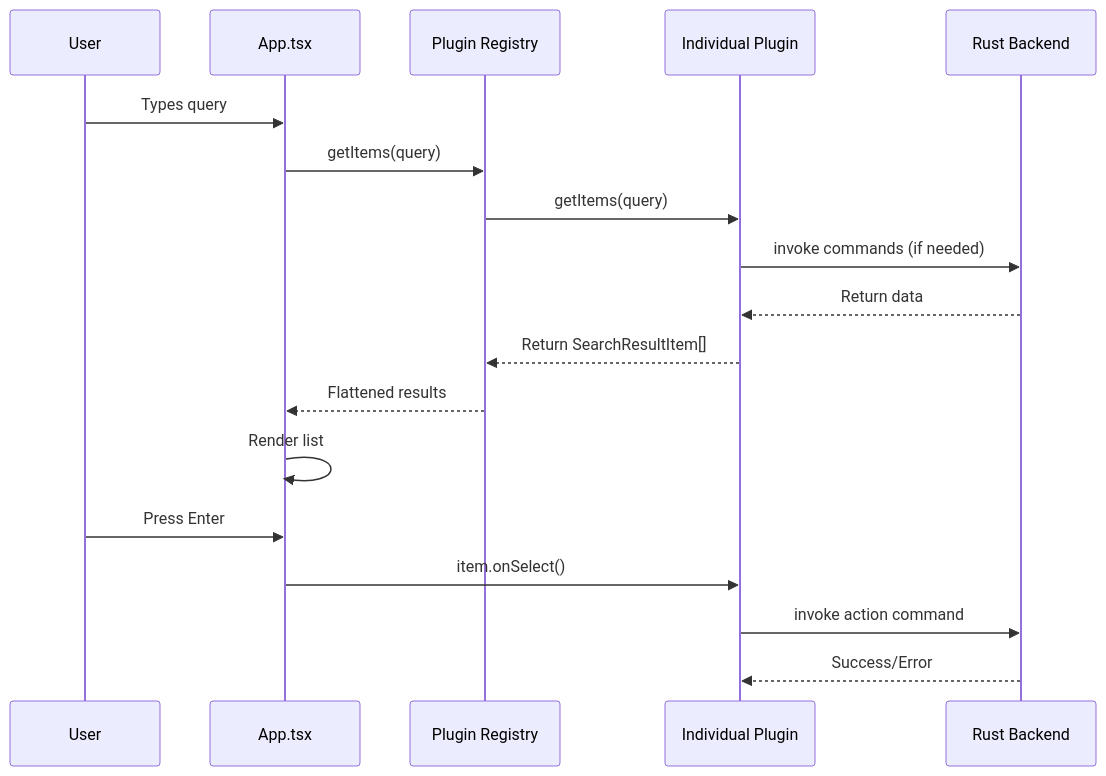
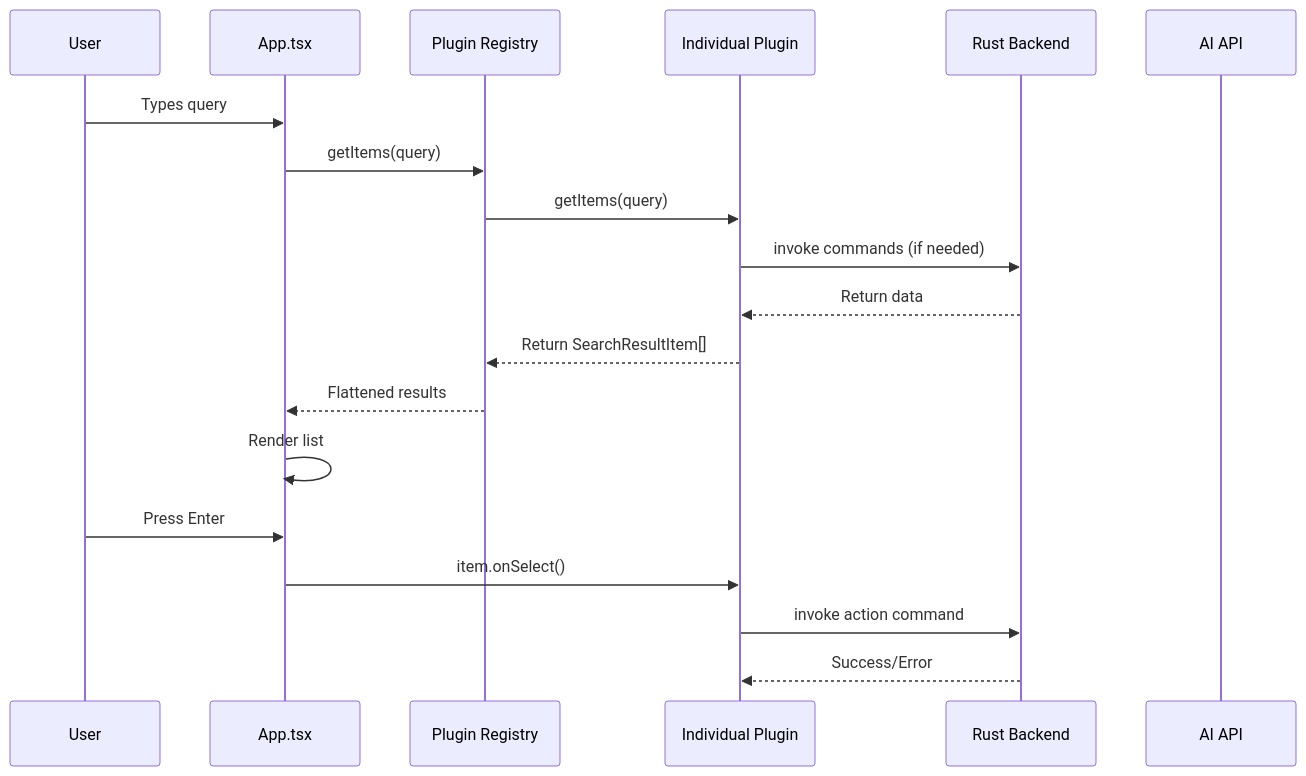
The first of 7 diagrams in arch/components/relationships.md (RickyDane/gquick), drawn with Mermaid before and after one commit. The commit also changed other lines of this file and 39 other files, not shown here.

````diff
--- a/arch/components/relationships.md
+++ b/arch/components/relationships.md
@@ -55,21 +83,22 @@
 ```mermaid
 sequenceDiagram
     participant User
     participant App as App.tsx
     participant Registry as Plugin Registry
     participant Plugin as Individual Plugin
     participant Rust as Rust Backend
+    participant AI as AI API
 
     User->>App: Types query
     App->>Registry: getItems(query)
     Registry->>Plugin: getItems(query)
     Plugin->>Rust: invoke commands (if needed)
     Rust-->>Plugin: Return data
     Plugin-->>Registry: Return SearchResultItem[]
     Registry-->>App: Flattened results
     App->>App: Render list
     User->>App: Press Enter
     App->>Plugin: item.onSelect()
     Plugin->>Rust: invoke action command
     Rust-->>Plugin: Success/Error
 ```
````
